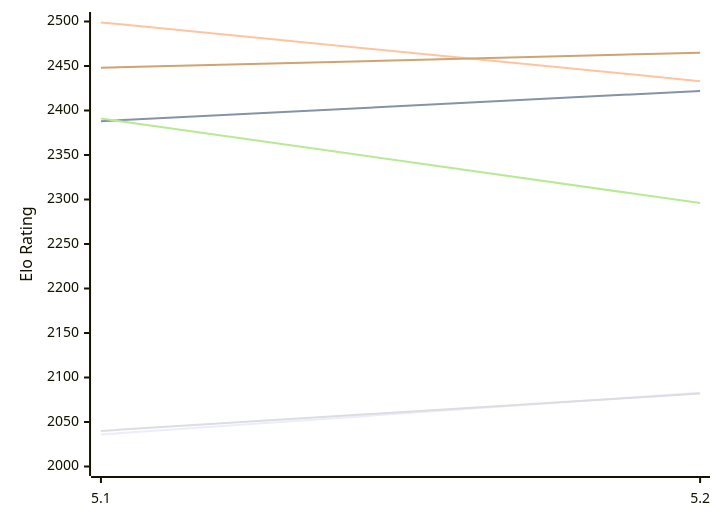
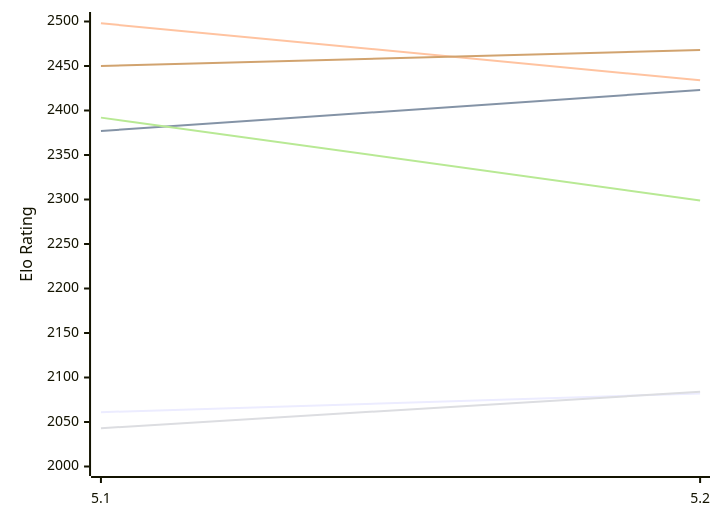
One commit to computer-chess-index/cci changed the first of 2 diagrams in engines/Prophet.md. Above: the diagram before and after it, drawn with Mermaid. The commit also changed other lines of this file, not shown here.

Commit message:
Update CCI Ratings (ELO VLTC) - 2026-11-24

````diff
--- a/engines/Prophet.md
+++ b/engines/Prophet.md
@@ -50,12 +50,12 @@
 ```mermaid
 %%{init: {"theme":"base","themeVariables":{"seriesColors:['#a3a3a3','#222221','#faa371']}}}%%
 xychart-beta
   x-axis ["5.1", "5.2"]
   y-axis "Elo Rating" 2000 --> 2500
-  line "E1: STC (8.0+0.08s)" [2036, 2083]
-  line "E1: LTC (60.0+0.60s)" [2388, 2422]
-  line "E1: VLTC (2m24s+1.12s)" [2499, 2433]
-  line "P1: STC (8.0+0.08s)" [2040, 2082]
-  line "P1: LTC (60.0+0.60s)" [2391, 2296]
-  line "P1: VLTC (2m24s+1.12s)" [2448, 2465]
+  line "E1: STC (8.0+0.08s)" [2061, 2082]
+  line "E1: LTC (60.0+0.60s)" [2377, 2423]
+  line "E1: VLTC (2m24s+1.12s)" [2498, 2434]
+  line "P1: STC (8.0+0.08s)" [2043, 2084]
+  line "P1: LTC (60.0+0.60s)" [2392, 2299]
+  line "P1: VLTC (2m24s+1.12s)" [2450, 2468]
 ```
````
